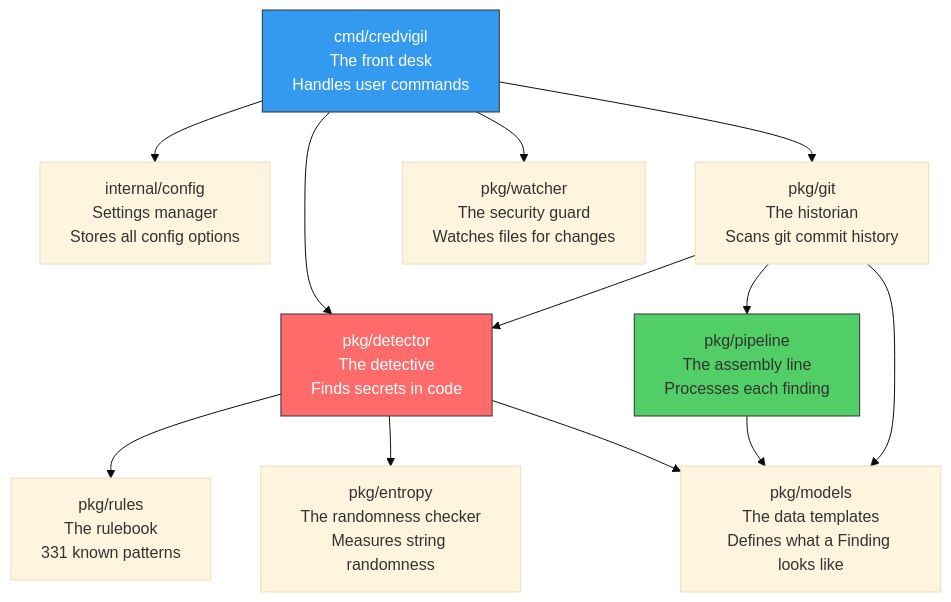
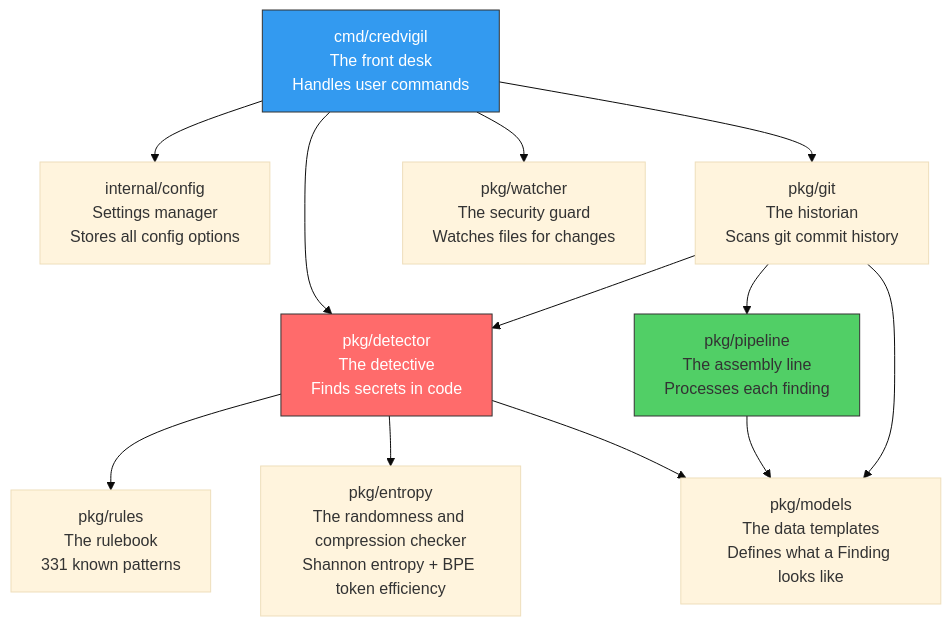
The second of 30 diagrams in docs/training/00-System-Design-Simplified.md (svemulapati/CredVigil), drawn with Mermaid (base theme) before and after one commit. The commit also changed other lines of this file and 8 other files, not shown here.

````diff
--- a/docs/training/00-System-Design-Simplified.md
+++ b/docs/training/00-System-Design-Simplified.md
@@ -116,29 +117,29 @@
 ```mermaid
 graph TD
     CMD["cmd/credvigil<br/>The front desk<br/>Handles user commands"]
 
     CFG["internal/config<br/>Settings manager<br/>Stores all config options"]
 
     DET["pkg/detector<br/>The detective<br/>Finds secrets in code"]
 
-    ENT["pkg/entropy<br/>The randomness checker<br/>Measures string randomness"]
+    ENT["pkg/entropy<br/>The randomness and compression checker<br/>Shannon entropy + BPE token efficiency"]
 
     RULES["pkg/rules<br/>The rulebook<br/>331 known patterns"]
 
     MODELS["pkg/models<br/>The data templates<br/>Defines what a Finding looks like"]
 
     PIPE["pkg/pipeline<br/>The assembly line<br/>Processes each finding"]
 
     GIT["pkg/git<br/>The historian<br/>Scans git commit history"]
 
     WATCH["pkg/watcher<br/>The security guard<br/>Watches files for changes"]
 
     CMD --> DET & GIT & WATCH & CFG
     DET --> RULES & ENT & MODELS
     PIPE --> MODELS
     GIT --> DET & PIPE & MODELS
 
     style CMD fill:#339af0,stroke:#333,color:#fff
     style DET fill:#ff6b6b,stroke:#333,color:#fff
     style PIPE fill:#51cf66,stroke:#333
 ```
````
